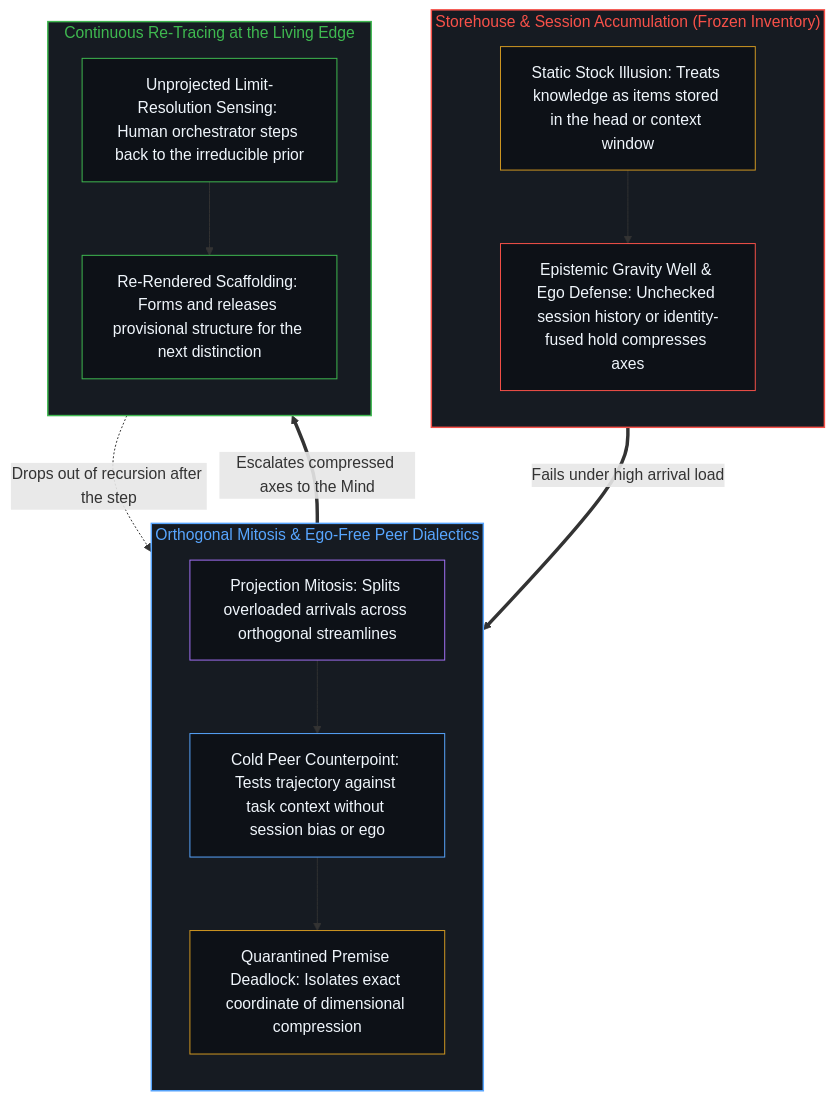
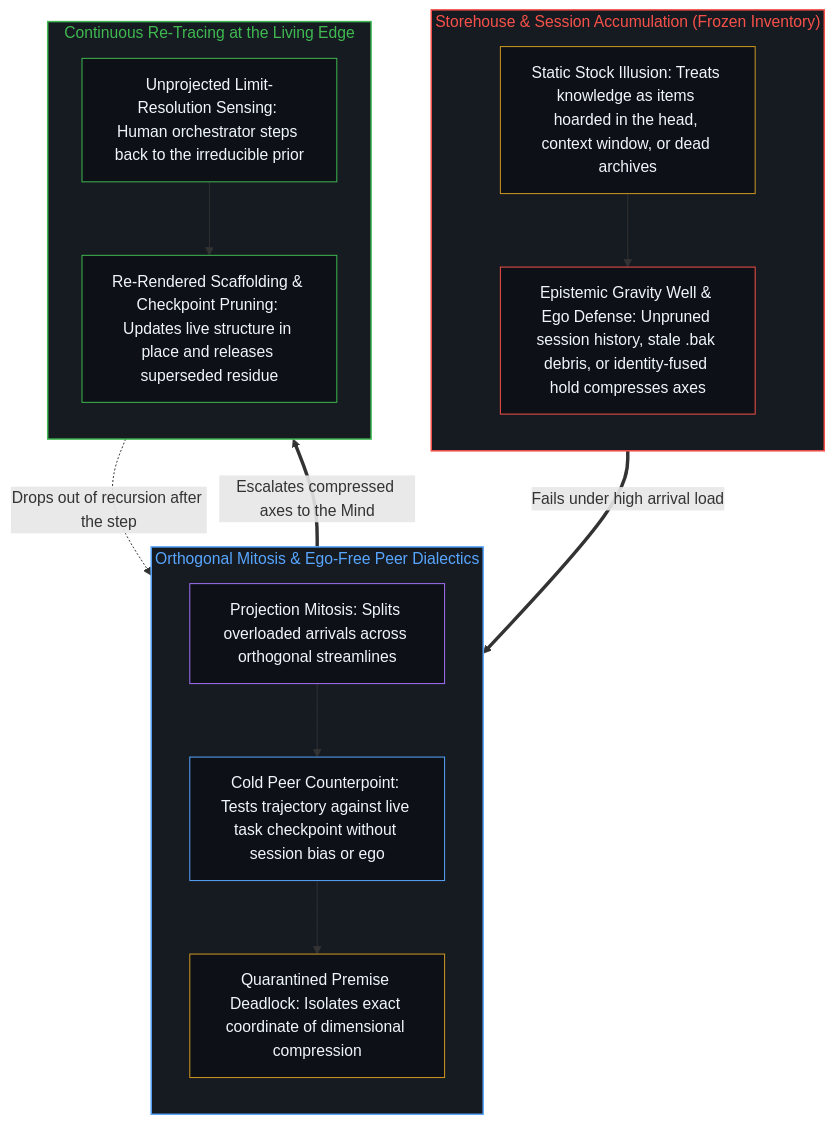
The second of 2 diagrams in content/posts/the-real-scarcity-is-not-memory-but-continuous-re-tracing.md (powerpig99/not-a-toe), drawn with Mermaid before and after one commit. The commit also changed other lines of this file and 8 other files, not shown here.

````diff
--- a/content/posts/the-real-scarcity-is-not-memory-but-continuous-re-tracing.md
+++ b/content/posts/the-real-scarcity-is-not-memory-but-continuous-re-tracing.md
@@ -111,39 +111,39 @@
 ```mermaid
 flowchart TD
     subgraph S_Store["Storehouse & Session Accumulation (Frozen Inventory)"]
         direction TB
-        Stock["Static Stock Illusion: Treats knowledge as items stored in the head or context window"]
-        Well["Epistemic Gravity Well & Ego Defense: Unchecked session history or identity-fused hold compresses axes"]
+        Stock["Static Stock Illusion: Treats knowledge as items hoarded in the head, context window, or dead archives"]
+        Well["Epistemic Gravity Well & Ego Defense: Unpruned session history, stale .bak debris, or identity-fused hold compresses axes"]
         Stock --> Well
     end
 
     subgraph S_Dialectics["Orthogonal Mitosis & Ego-Free Peer Dialectics"]
         direction TB
         Mitosis["Projection Mitosis: Splits overloaded arrivals across orthogonal streamlines"]
-        Peer["Cold Peer Counterpoint: Tests trajectory against task context without session bias or ego"]
+        Peer["Cold Peer Counterpoint: Tests trajectory against live task checkpoint without session bias or ego"]
         Deadlock["Quarantined Premise Deadlock: Isolates exact coordinate of dimensional compression"]
         Mitosis --> Peer --> Deadlock
     end
 
     subgraph S_Retrace["Continuous Re-Tracing at the Living Edge"]
         direction TB
         StepBack["Unprojected Limit-Resolution Sensing: Human orchestrator steps back to the irreducible prior"]
-        Redraw["Re-Rendered Scaffolding: Forms and releases provisional structure for the next distinction"]
+        Redraw["Re-Rendered Scaffolding & Checkpoint Pruning: Updates live structure in place and releases superseded residue"]
         StepBack --> Redraw
     end
 
     Well ==>|"Fails under high arrival load"| Mitosis
     Deadlock ==>|"Escalates compressed axes to the Mind"| StepBack
     Redraw -.->|"Drops out of recursion after the step"| Mitosis
 
     style S_Store fill:#161b22,stroke:#f85149,stroke-width:1.5px,color:#f85149
     style S_Dialectics fill:#161b22,stroke:#58a6ff,stroke-width:1.5px,color:#58a6ff
     style S_Retrace fill:#161b22,stroke:#3fb950,stroke-width:1.5px,color:#3fb950
     style Stock fill:#0d1117,stroke:#d29922,stroke-width:1px,color:#f0f6fc
     style Well fill:#0d1117,stroke:#f85149,stroke-width:1px,color:#f0f6fc
     style Mitosis fill:#0d1117,stroke:#a371f7,stroke-width:1px,color:#f0f6fc
     style Peer fill:#0d1117,stroke:#58a6ff,stroke-width:1px,color:#f0f6fc
     style Deadlock fill:#0d1117,stroke:#d29922,stroke-width:1px,color:#f0f6fc
     style StepBack fill:#0d1117,stroke:#3fb950,stroke-width:1px,color:#f0f6fc
     style Redraw fill:#0d1117,stroke:#3fb950,stroke-width:1px,color:#f0f6fc
 ```
````
